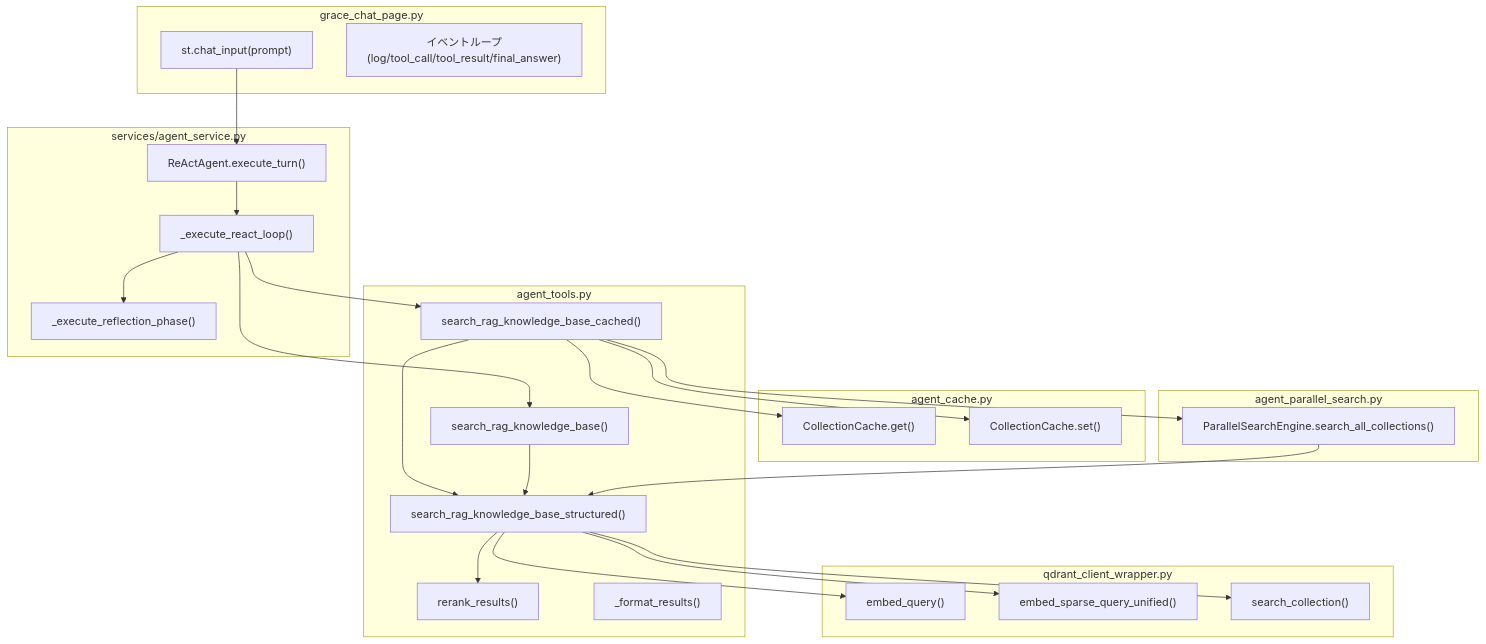
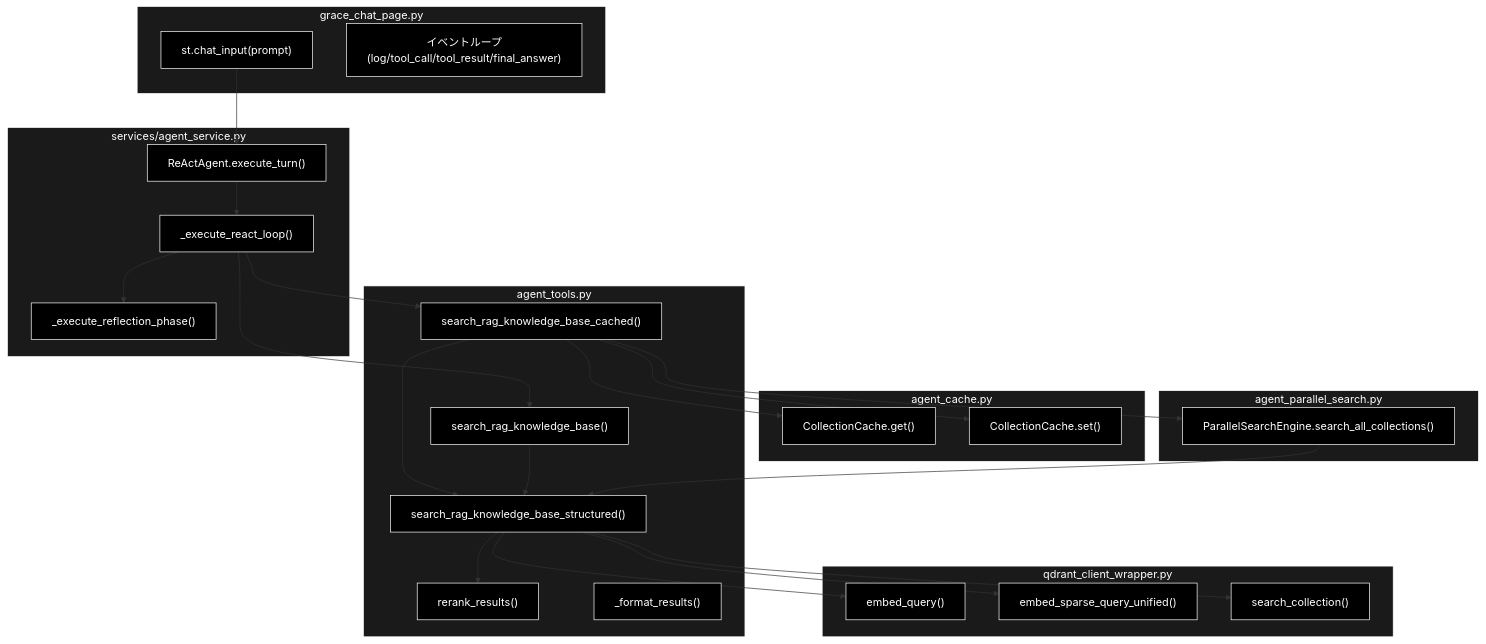
The second of 3 diagrams in ui/doc/grace_chat_input_query.md (nakashima2toshio/ollama_grace_agent_v2), drawn with Mermaid before and after one commit. The commit also changed other lines of this file and 10 other files, not shown here.

````diff
--- a/ui/doc/grace_chat_input_query.md
+++ b/ui/doc/grace_chat_input_query.md
@@ -170,52 +179,61 @@
 ```mermaid
 flowchart TB
     subgraph UI["grace_chat_page.py"]
         CHAT_INPUT["st.chat_input(prompt)"]
         EVENT_LOOP["イベントループ<br/>(log/tool_call/tool_result/final_answer)"]
     end
 
     subgraph AGENT_SVC["services/agent_service.py"]
         EXECUTE["ReActAgent.execute_turn()"]
         REACT_LOOP["_execute_react_loop()"]
         REFLECTION["_execute_reflection_phase()"]
     end
 
     subgraph TOOLS["agent_tools.py"]
         SEARCH_CACHED["search_rag_knowledge_base_cached()"]
         SEARCH_LEGACY["search_rag_knowledge_base()"]
         SEARCH_STRUCT["search_rag_knowledge_base_structured()"]
         RERANK["rerank_results()"]
         FORMAT["_format_results()"]
     end
 
     subgraph WRAPPER["qdrant_client_wrapper.py"]
         EMBED_DENSE["embed_query()"]
         EMBED_SPARSE["embed_sparse_query_unified()"]
         SEARCH_COL["search_collection()"]
     end
 
     subgraph CACHE_MOD["agent_cache.py"]
         CACHE_GET["CollectionCache.get()"]
         CACHE_SET["CollectionCache.set()"]
     end
 
     subgraph PARALLEL_MOD["agent_parallel_search.py"]
         PARALLEL_SEARCH["ParallelSearchEngine.search_all_collections()"]
     end
 
     CHAT_INPUT --> EXECUTE
     EXECUTE --> REACT_LOOP
     REACT_LOOP --> SEARCH_CACHED
     REACT_LOOP --> SEARCH_LEGACY
     SEARCH_CACHED --> CACHE_GET
     SEARCH_CACHED --> CACHE_SET
     SEARCH_CACHED --> PARALLEL_SEARCH
     SEARCH_CACHED --> SEARCH_STRUCT
     SEARCH_LEGACY --> SEARCH_STRUCT
     PARALLEL_SEARCH --> SEARCH_STRUCT
     SEARCH_STRUCT --> EMBED_DENSE
     SEARCH_STRUCT --> EMBED_SPARSE
     SEARCH_STRUCT --> SEARCH_COL
     SEARCH_STRUCT --> RERANK
     REACT_LOOP --> REFLECTION
+classDef default fill:#000,stroke:#fff,color:#fff
+classDef subgraphStyle fill:#1a1a1a,stroke:#fff,color:#fff
+class CHAT_INPUT,EVENT_LOOP,EXECUTE,REACT_LOOP,REFLECTION,SEARCH_CACHED,SEARCH_LEGACY,SEARCH_STRUCT,RERANK,FORMAT,EMBED_DENSE,EMBED_SPARSE,SEARCH_COL,CACHE_GET,CACHE_SET,PARALLEL_SEARCH default
+style UI fill:#1a1a1a,stroke:#fff,color:#fff
+style AGENT_SVC fill:#1a1a1a,stroke:#fff,color:#fff
+style TOOLS fill:#1a1a1a,stroke:#fff,color:#fff
+style WRAPPER fill:#1a1a1a,stroke:#fff,color:#fff
+style CACHE_MOD fill:#1a1a1a,stroke:#fff,color:#fff
+style PARALLEL_MOD fill:#1a1a1a,stroke:#fff,color:#fff
 ```
````
